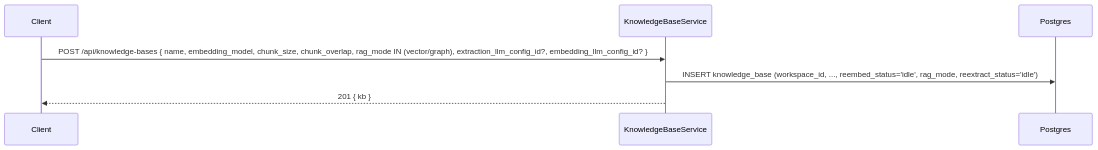
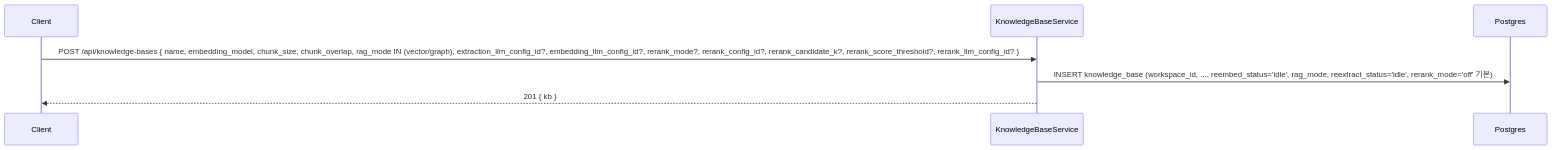
Before and after one commit to worker-ants/clemvion: the first of 6 diagrams in spec/data-flow/6-knowledge-base.md, drawn with Mermaid. The commit also changed other lines of this file and 89 other files, not shown here.

First line of the commit message:
docs(spec): spec↔code 전수 상호 감사 — 역방향 커버리지 + drift 동기화 + data-flow 재구성 (위반 19건 보고) (#516)

````diff
--- a/spec/data-flow/6-knowledge-base.md
+++ b/spec/data-flow/6-knowledge-base.md
@@ -31,10 +38,10 @@
 ```mermaid
 sequenceDiagram
   participant C as Client
   participant Svc as KnowledgeBaseService
   participant PG as Postgres
 
-  C->>Svc: POST /api/knowledge-bases { name, embedding_model, chunk_size, chunk_overlap, rag_mode IN (vector/graph), extraction_llm_config_id?, embedding_llm_config_id? }
-  Svc->>PG: INSERT knowledge_base (workspace_id, ..., reembed_status='idle', rag_mode, reextract_status='idle')
+  C->>Svc: POST /api/knowledge-bases { name, embedding_model, chunk_size, chunk_overlap, rag_mode IN (vector/graph), extraction_llm_config_id?, embedding_llm_config_id?, rerank_mode?, rerank_config_id?, rerank_candidate_k?, rerank_score_threshold?, rerank_llm_config_id? }
+  Svc->>PG: INSERT knowledge_base (workspace_id, ..., reembed_status='idle', rag_mode, reextract_status='idle', rerank_mode='off' 기본)
   Svc-->>C: 201 { kb }
 ```
````
